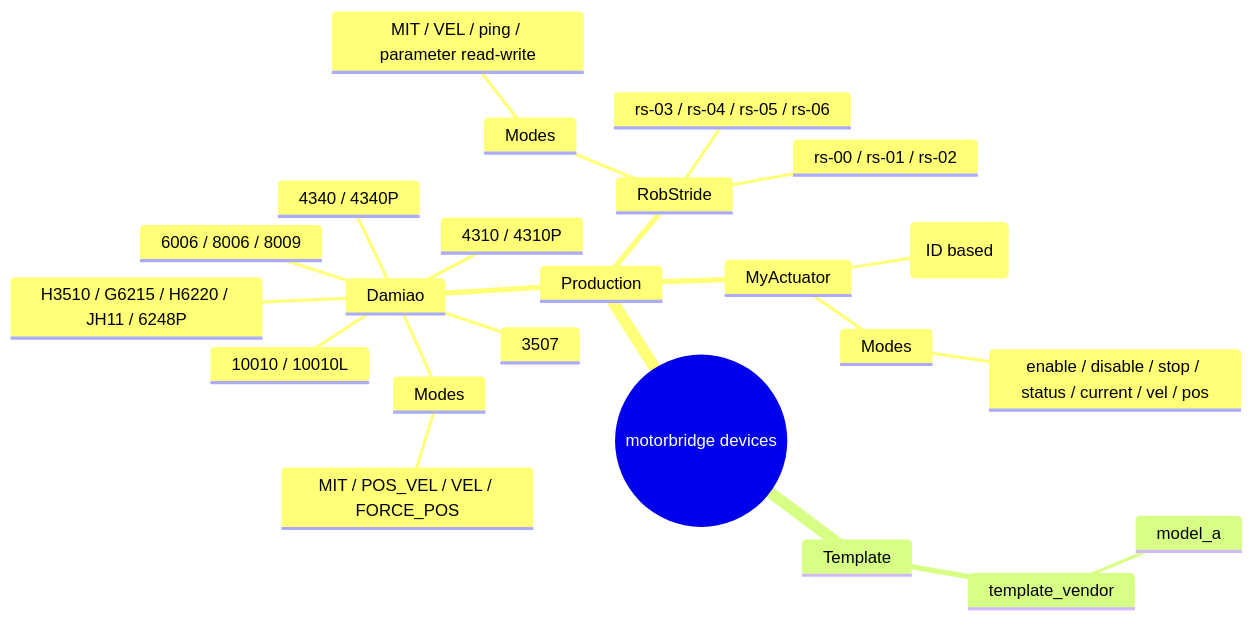
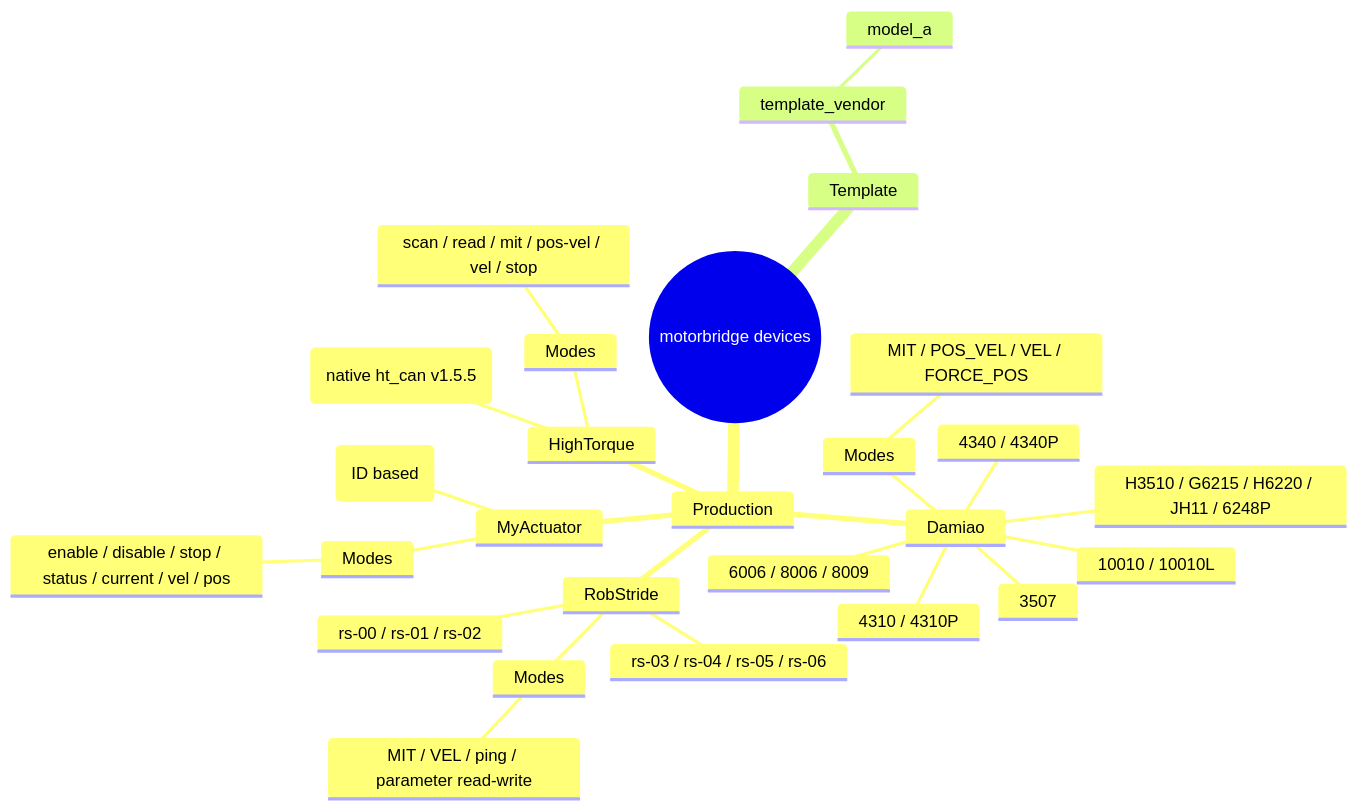
The diagram in docs/en/devices.md (tianrking/motorbridge), drawn with Mermaid before and after one commit. The commit also changed other lines of this file and 6 other files, not shown here.

````diff
--- a/docs/en/devices.md
+++ b/docs/en/devices.md
@@ -5,26 +5,30 @@
 ```mermaid
 mindmap
   root((motorbridge devices))
     Production
       Damiao
         3507
         4310 / 4310P
         4340 / 4340P
         6006 / 8006 / 8009
         10010 / 10010L
         H3510 / G6215 / H6220 / JH11 / 6248P
         Modes
           MIT / POS_VEL / VEL / FORCE_POS
       RobStride
         rs-00 / rs-01 / rs-02
         rs-03 / rs-04 / rs-05 / rs-06
         Modes
           MIT / VEL / ping / parameter read-write
       MyActuator
         X-series (ID based)
         Modes
           enable / disable / stop / status / current / vel / pos
+      HighTorque
+        hightorque (native ht_can v1.5.5)
+        Modes
+          scan / read / mit / pos-vel / vel / stop
     Template
       template_vendor
         model_a
 ```
````
